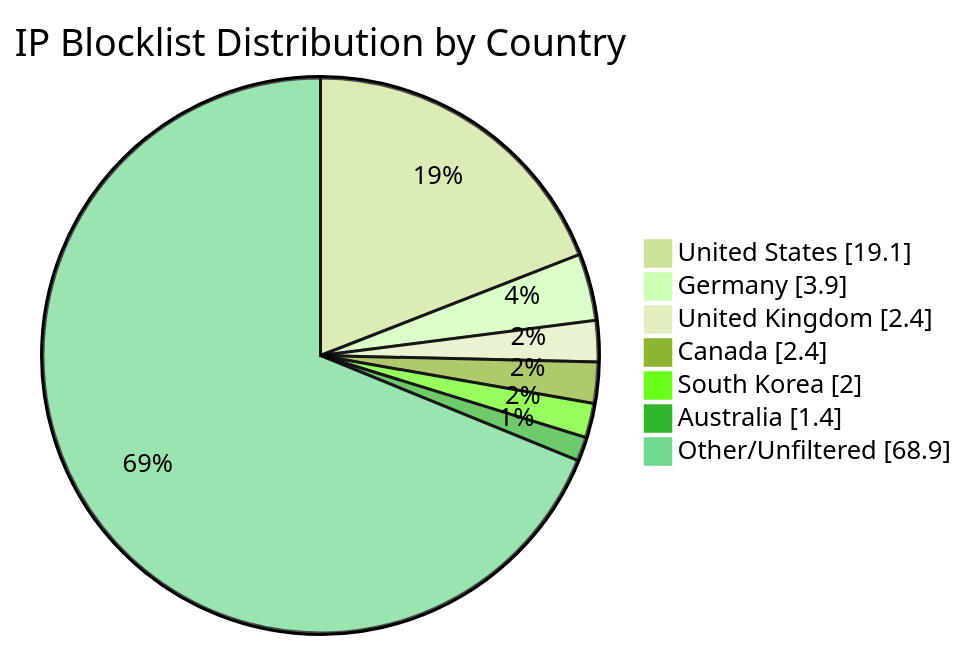
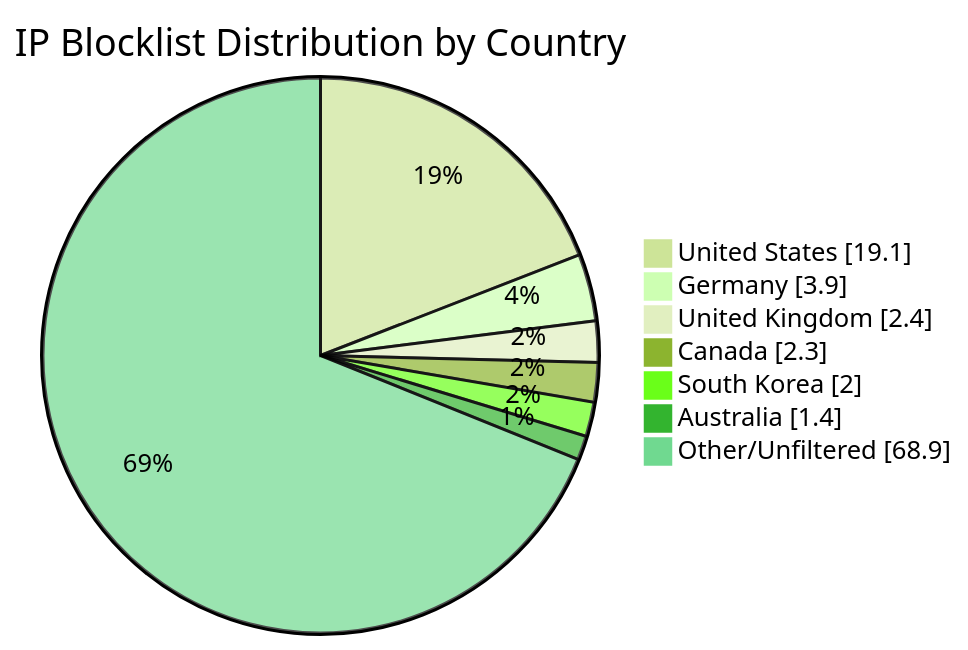
One commit to MarcusHoltz/ipblocklist-geofiltered-aggregator changed the diagram in README.md. Above: the diagram before and after it, drawn with Mermaid (forest theme). The commit also changed other lines of this file and 9 other files, not shown here.

````diff
--- a/README.md
+++ b/README.md
@@ -34,10 +34,10 @@
 ```mermaid
 pie showData title IP Blocklist Distribution by Country
 "United States" : 19.1
 "Germany" : 3.9
 "United Kingdom" : 2.4
-"Canada" : 2.4
+"Canada" : 2.3
 "South Korea" : 2.0
 "Australia" : 1.4
 "Other/Unfiltered" : 68.9
 ```
````
